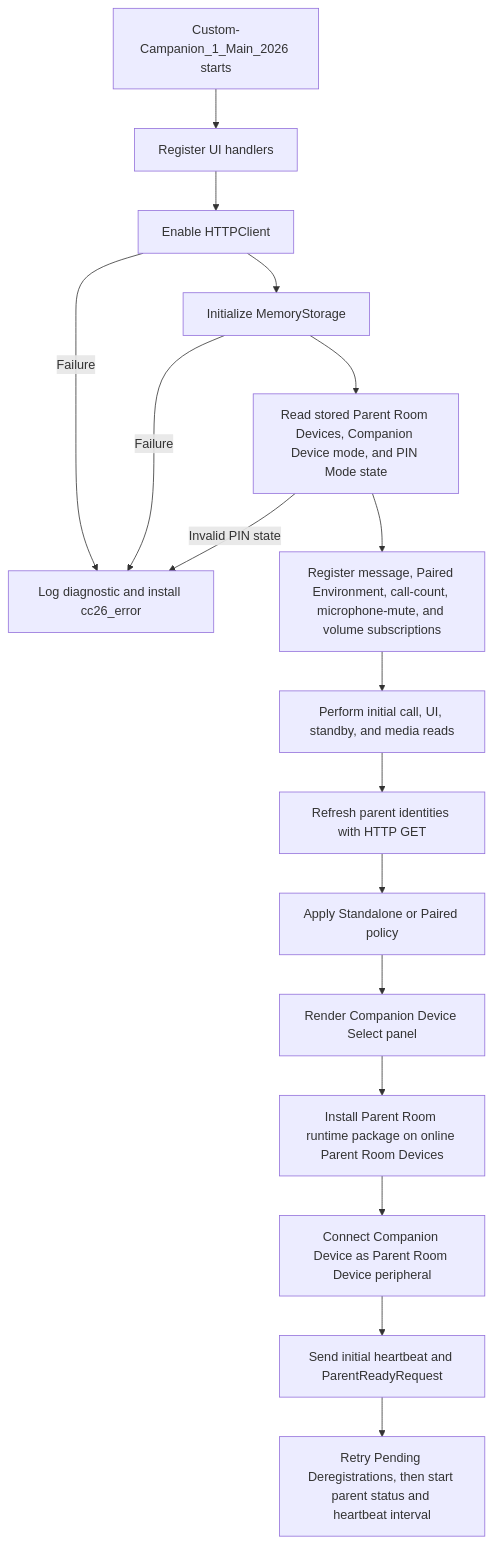
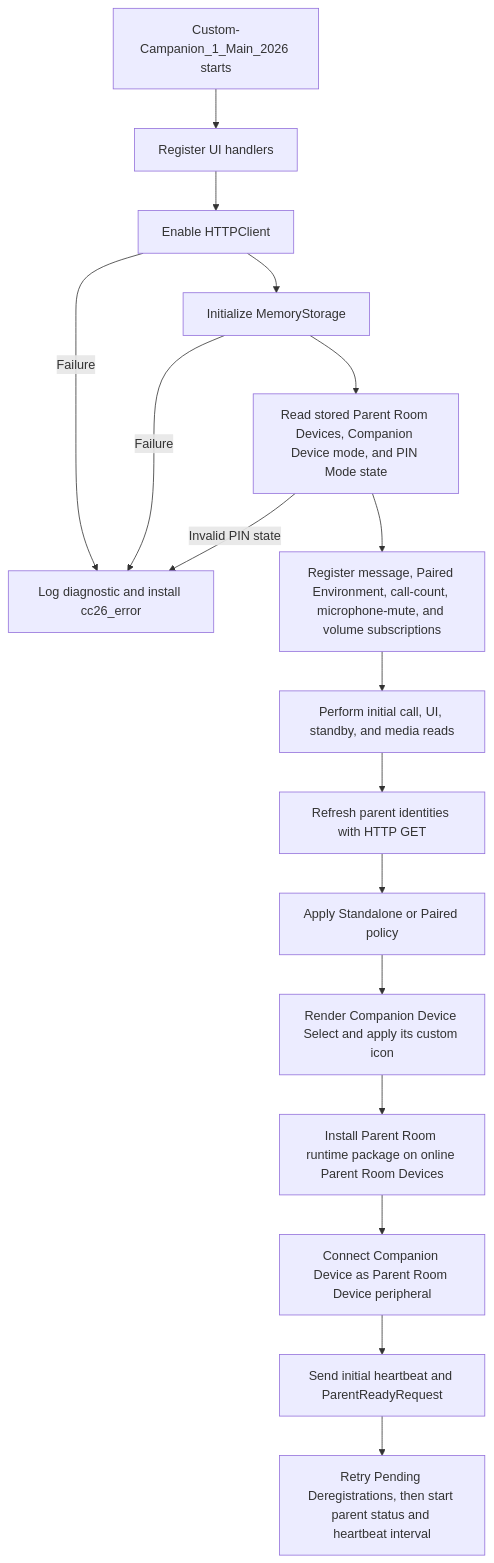
The first of 9 diagrams in docs/technical-reference.md (ctg-tme/Custom_Companion_2026), drawn with Mermaid before and after one commit. The commit also changed other lines of this file and 6 other files, not shown here.

Commit message:
Apply Custom Companion icon to UI

````diff
--- a/docs/technical-reference.md
+++ b/docs/technical-reference.md
@@ -70,19 +70,19 @@
 ```mermaid
 flowchart TD
 	A[Custom-Campanion_1_Main_2026 starts] --> B[Register UI handlers]
 	B --> C[Enable HTTPClient]
 	C --> D[Initialize MemoryStorage]
 	C -- Failure --> X[Log diagnostic and install cc26_error]
 	D -- Failure --> X
 	D --> E[Read stored Parent Room Devices, Companion Device mode, and PIN Mode state]
 	E -- Invalid PIN state --> X
 	E --> F[Register message, Paired Environment, call-count, microphone-mute, and volume subscriptions]
 	F --> G[Perform initial call, UI, standby, and media reads]
 	G --> H[Refresh parent identities with HTTP GET]
 	H --> I[Apply Standalone or Paired policy]
-	I --> J[Render Companion Device Select panel]
+	I --> J[Render Companion Device Select and apply its custom icon]
 	J --> K[Install Parent Room runtime package on online Parent Room Devices]
 	K --> L[Connect Companion Device as Parent Room Device peripheral]
 	L --> M[Send initial heartbeat and ParentReadyRequest]
 	M --> N[Retry Pending Deregistrations, then start parent status and heartbeat interval]
 ```
````
